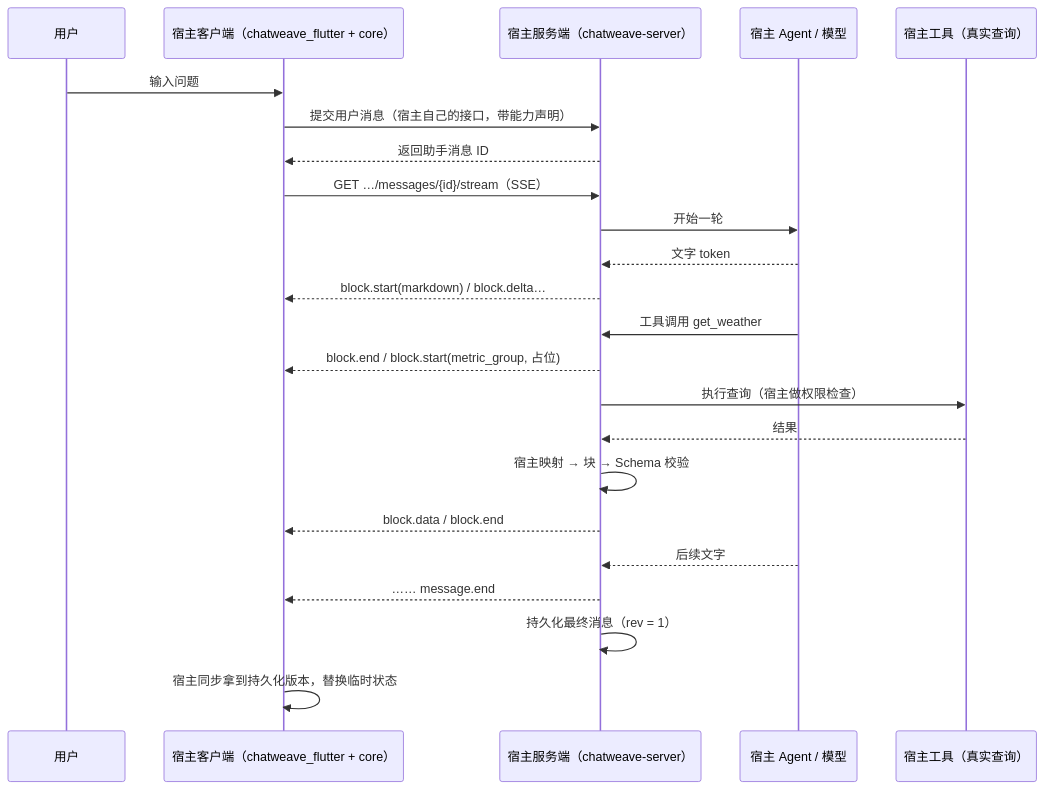
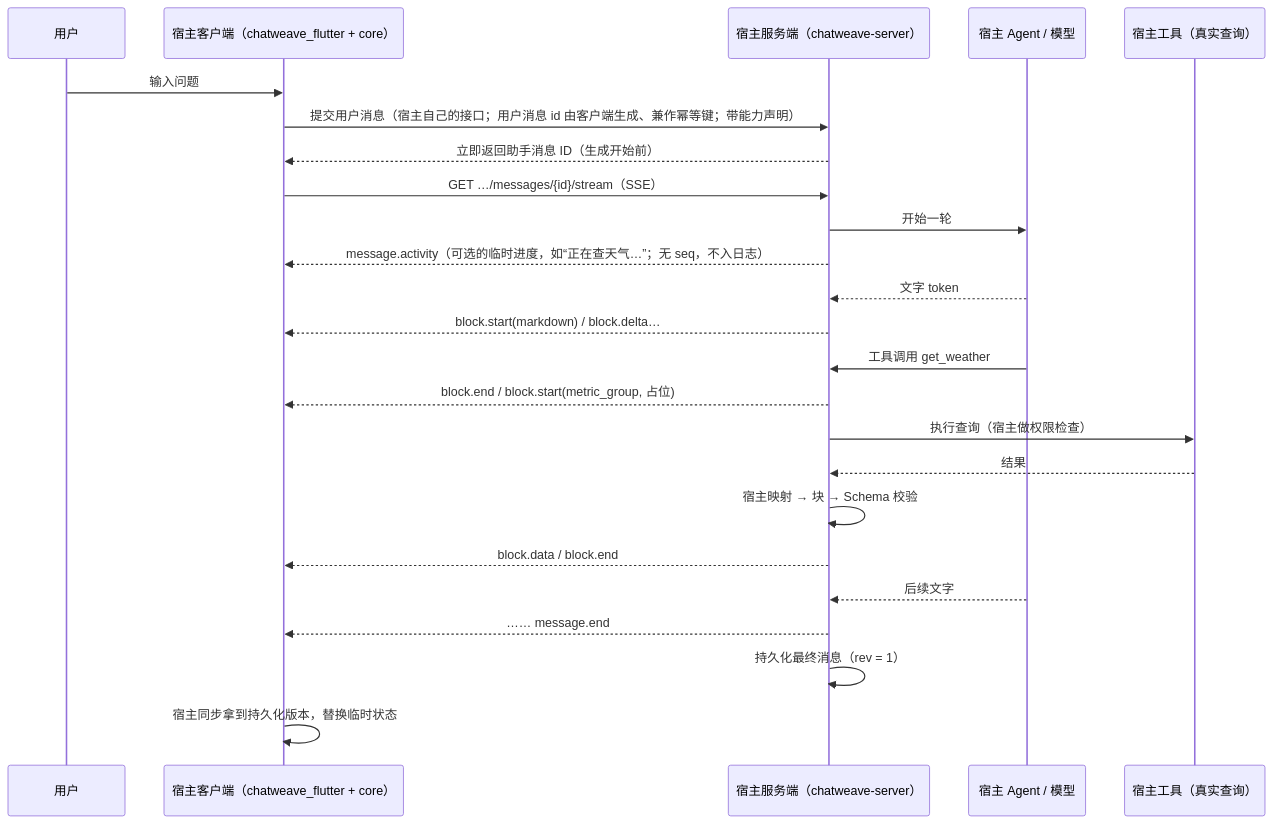
The second of 3 diagrams in docs/architecture.md (zz-howard/chatweave), drawn with Mermaid before and after one commit. The commit also changed other lines of this file and 13 other files, not shown here.

````diff
--- a/docs/architecture.md
+++ b/docs/architecture.md
@@ -175,25 +190,26 @@
 ```mermaid
 sequenceDiagram
   participant U as 用户
   participant App as 宿主客户端（chatweave_flutter + core）
   participant API as 宿主服务端（chatweave-server）
   participant Agent as 宿主 Agent / 模型
   participant Tool as 宿主工具（真实查询）
   U->>App: 输入问题
-  App->>API: 提交用户消息（宿主自己的接口，带能力声明）
-  API-->>App: 返回助手消息 ID
+  App->>API: 提交用户消息（宿主自己的接口；用户消息 id 由客户端生成、兼作幂等键；带能力声明）
+  API-->>App: 立即返回助手消息 ID（生成开始前）
   App->>API: GET …/messages/{id}/stream（SSE）
   API->>Agent: 开始一轮
+  API-->>App: message.activity（可选的临时进度，如“正在查天气…”；无 seq，不入日志）
   Agent-->>API: 文字 token
   API-->>App: block.start(markdown) / block.delta…
   Agent->>API: 工具调用 get_weather
   API-->>App: block.end / block.start(metric_group, 占位)
   API->>Tool: 执行查询（宿主做权限检查）
   Tool-->>API: 结果
   API->>API: 宿主映射 → 块 → Schema 校验
   API-->>App: block.data / block.end
   Agent-->>API: 后续文字
   API-->>App: …… message.end
   API->>API: 持久化最终消息（rev = 1）
   App->>App: 宿主同步拿到持久化版本，替换临时状态
 ```
````
